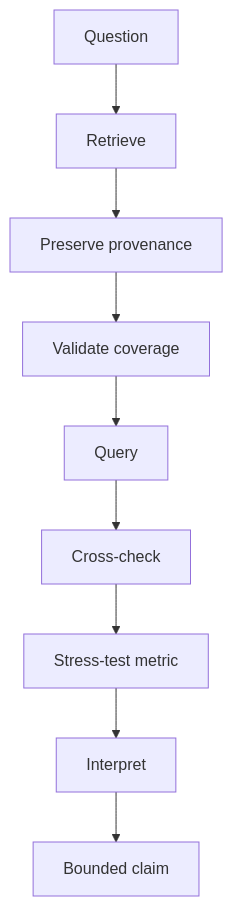
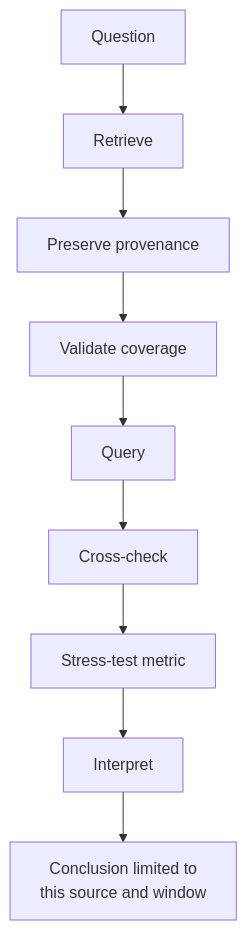
One commit to Blockchain-NTU-SG/academy-handbook changed the diagram in docs/tracks/researcher/week-6/part-3-measurement-design.md. Above: the diagram before and after it, drawn with Mermaid. The commit also changed other lines of this file and 9 other files, not shown here.

````diff
--- a/docs/tracks/researcher/week-6/part-3-measurement-design.md
+++ b/docs/tracks/researcher/week-6/part-3-measurement-design.md
@@ -58,6 +58,6 @@
 ```mermaid
 flowchart TB
   accTitle: Measurement workflow
-  accDescr: A research question moves through retrieval, provenance, coverage validation, querying, cross-checking and metric stress-testing to a bounded claim.
-  Q["Question"] --> R["Retrieve"] --> P["Preserve provenance"] --> V["Validate coverage"] --> SQL["Query"] --> X["Cross-check"] --> S["Stress-test metric"] --> I["Interpret"] --> C["Bounded claim"]
+  accDescr: A research question moves through retrieval, provenance, coverage validation, querying, cross-checking and metric stress-testing to a conclusion limited to the source and window.
+  Q["Question"] --> R["Retrieve"] --> P["Preserve provenance"] --> V["Validate coverage"] --> SQL["Query"] --> X["Cross-check"] --> S["Stress-test metric"] --> I["Interpret"] --> C["Conclusion limited to<br/>this source and window"]
 ```
````
